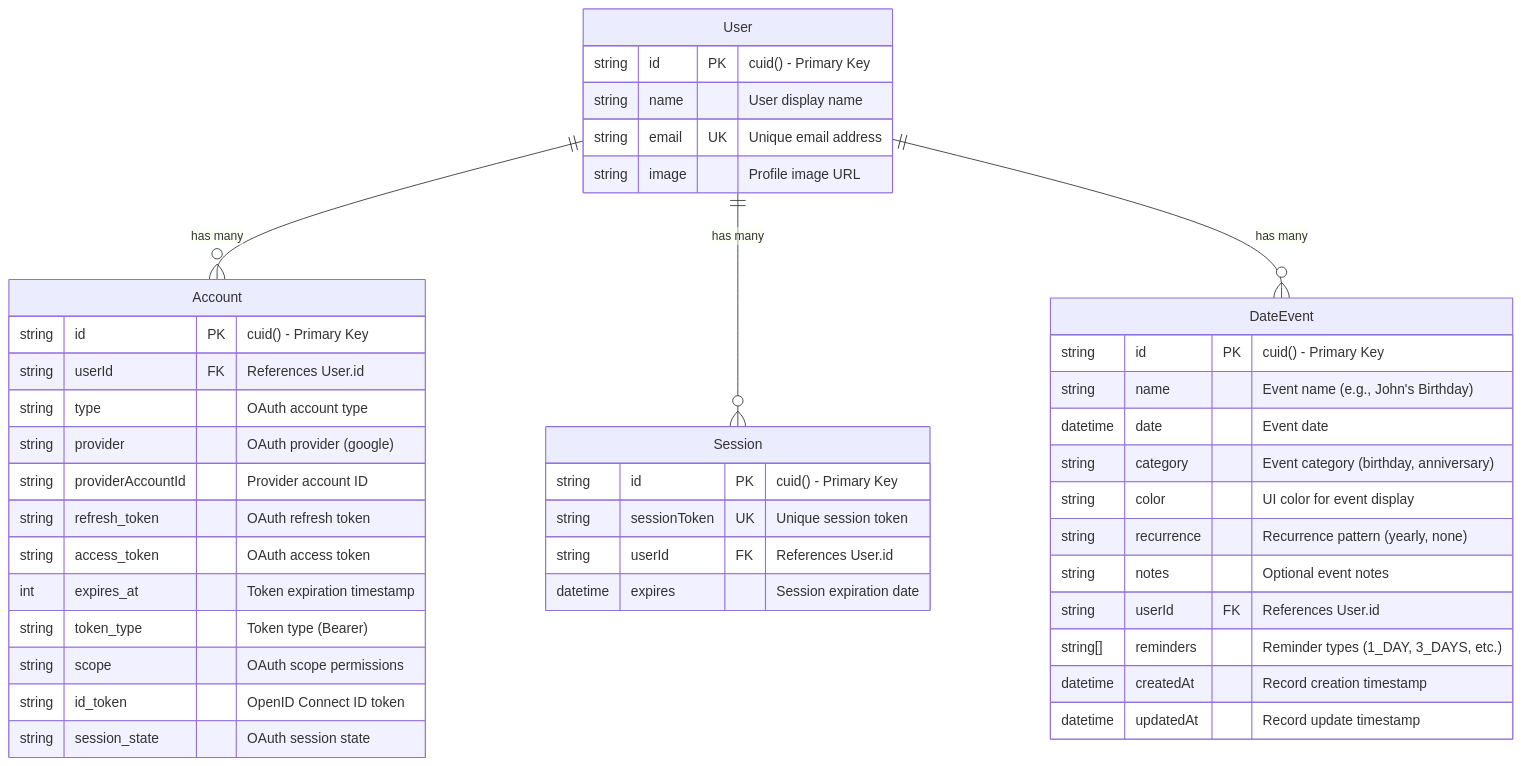
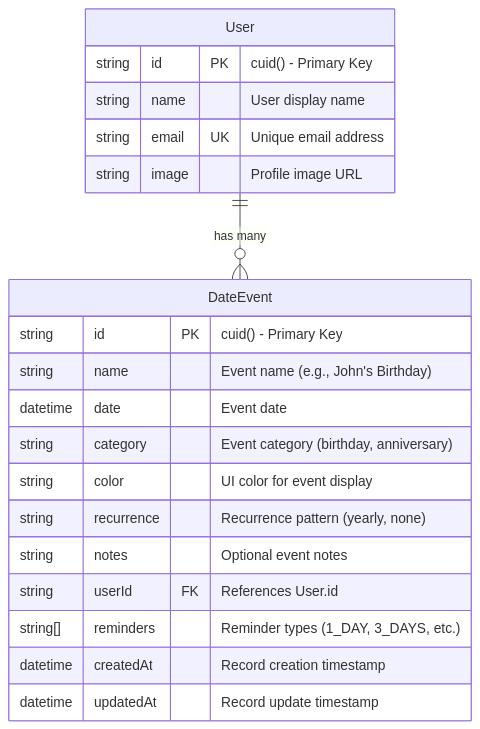
The diagram in README.md (shaibs3/DateKeeper), drawn with Mermaid before and after one commit. The commit also changed other lines of this file, not shown here.

Commit message:
Correct database schema diagram - remove unused Session and Account tables
Updated Mermaid ERD to reflect actual database usage:

🔧 **Removed**:
- Session table (NextAuth uses JWT cookies, not database sessions)
- Account table (not actively used in application logic)
- Unnecessary relationship complexity

📊 **Updated Diagram**:
- Simplified to show only active tables: User ||--o{ DateEvent
- Clear focus on core application functionality
- Accurate representation of data flow

📝 **Added Important Note**:
- Explained that Account/Session models exist in Prisma schema for NextAuth compatibility
- Clarified that application uses JWT session strategy instead
- Only User and DateEvent tables are actively used

✅ **Corrected Documentation**:
- JWT Authentication instead of database session management
- Simple two-table design focused on core functionality
- Accurate technical implementation details

This now correctly represents the actual database usage rather than
the full Prisma schema, making it more useful for developers understanding
the application's data flow.

🤖 Generated with [Claude Code](https://claude.ai/code)

````diff
--- a/README.md
+++ b/README.md
@@ -103,49 +103,25 @@
 ```mermaid
 erDiagram
-    User ||--o{ Account : "has many"
-    User ||--o{ Session : "has many"
     User ||--o{ DateEvent : "has many"
 
     User {
         string id PK "cuid() - Primary Key"
         string name "User display name"
         string email UK "Unique email address"
         string image "Profile image URL"
-    }
-
-    Account {
-        string id PK "cuid() - Primary Key"
-        string userId FK "References User.id"
-        string type "OAuth account type"
-        string provider "OAuth provider (google)"
-        string providerAccountId "Provider account ID"
-        string refresh_token "OAuth refresh token"
-        string access_token "OAuth access token"
-        int expires_at "Token expiration timestamp"
-        string token_type "Token type (Bearer)"
-        string scope "OAuth scope permissions"
-        string id_token "OpenID Connect ID token"
-        string session_state "OAuth session state"
-    }
-
-    Session {
-        string id PK "cuid() - Primary Key"
-        string sessionToken UK "Unique session token"
-        string userId FK "References User.id"
-        datetime expires "Session expiration date"
     }
 
     DateEvent {
         string id PK "cuid() - Primary Key"
         string name "Event name (e.g., John's Birthday)"
         datetime date "Event date"
         string category "Event category (birthday, anniversary)"
         string color "UI color for event display"
         string recurrence "Recurrence pattern (yearly, none)"
         string notes "Optional event notes"
         string userId FK "References User.id"
         string[] reminders "Reminder types (1_DAY, 3_DAYS, etc.)"
         datetime createdAt "Record creation timestamp"
         datetime updatedAt "Record update timestamp"
     }
 ```
````
